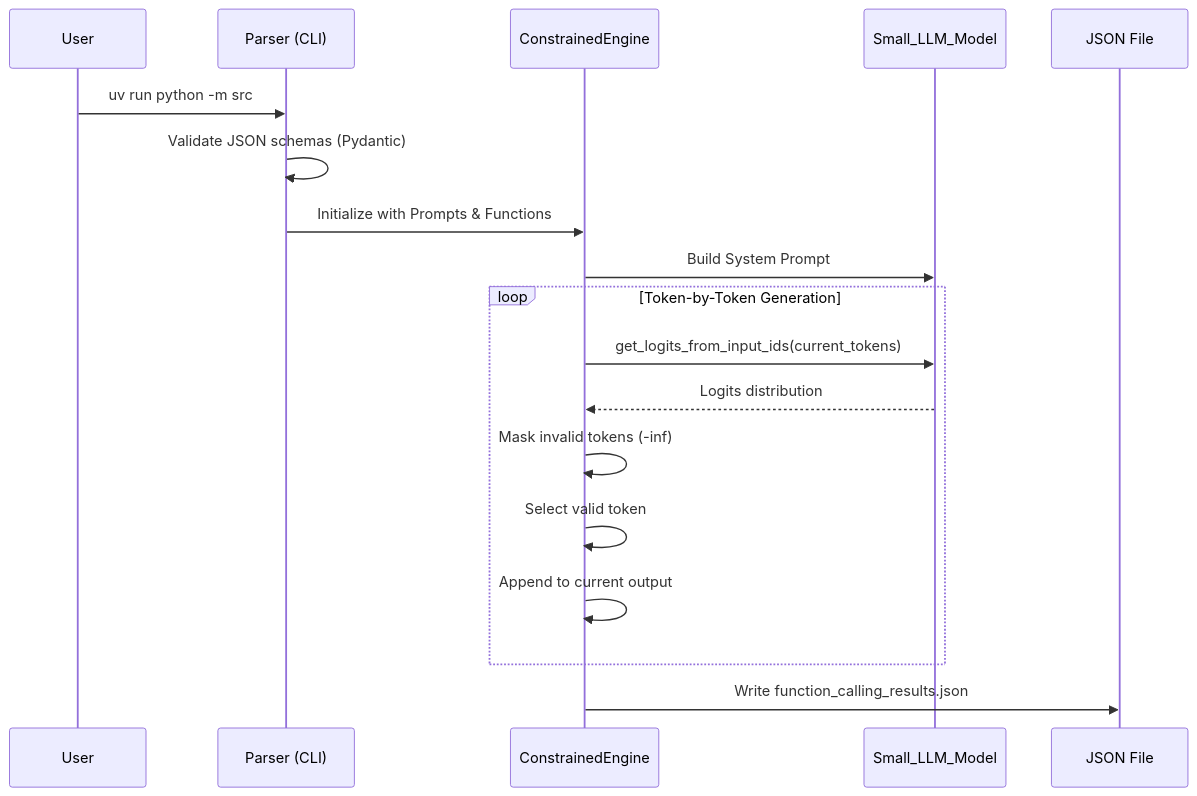
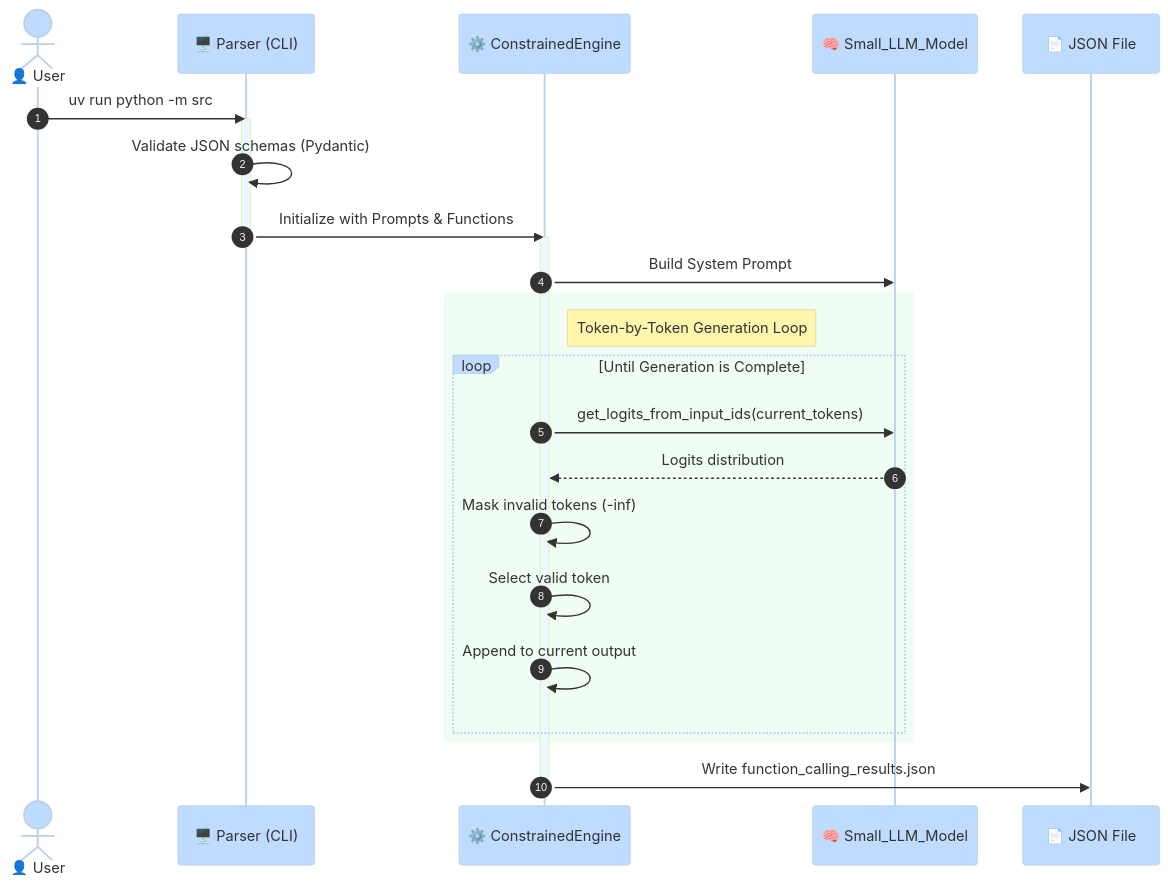
The first of 2 diagrams in README.md (agalvan-dc/Call-Me-Maybe), drawn with Mermaid before and after one commit. The commit also changed other lines of this file, not shown here.

````diff
--- a/README.md
+++ b/README.md
@@ -22,24 +49,34 @@
 ```mermaid
+%%{init: {'theme': 'base', 'themeVariables': { 'primaryColor': '#dbeafe', 'edgeColor': '#3b82f6', 'actorBkg': '#bfdbfe', 'activationBkgColor': '#eff6ff'}}}%%
 sequenceDiagram
-    participant User
-    participant CLI as Parser (CLI)
-    participant Engine as ConstrainedEngine
-    participant SDK as Small_LLM_Model
-    participant Output as JSON File
+    autonumber
+    actor User as 👤 User
+    participant CLI as 🖥️ Parser (CLI)
+    participant Engine as ⚙️ ConstrainedEngine
+    participant SDK as 🧠 Small_LLM_Model
+    participant Output as 📄 JSON File
 
     User->>CLI: uv run python -m src
+    activate CLI
     CLI->>CLI: Validate JSON schemas (Pydantic)
     CLI->>Engine: Initialize with Prompts & Functions
+    deactivate CLI
+    
+    activate Engine
     Engine->>SDK: Build System Prompt
     
-    loop Token-by-Token Generation
-        Engine->>SDK: get_logits_from_input_ids(current_tokens)
-        SDK-->>Engine: Logits distribution
-        Engine->>Engine: Mask invalid tokens (-inf)
-        Engine->>Engine: Select valid token
-        Engine->>Engine: Append to current output
+    rect rgb(240, 253, 244)
+        note right of Engine: Token-by-Token Generation Loop
+        loop Until Generation is Complete
+            Engine->>SDK: get_logits_from_input_ids(current_tokens)
+            SDK-->>Engine: Logits distribution
+            Engine->>Engine: Mask invalid tokens (-inf)
+            Engine->>Engine: Select valid token
+            Engine->>Engine: Append to current output
+        end
     end
     
     Engine->>Output: Write function_calling_results.json
+    deactivate Engine
 
 ```
````
